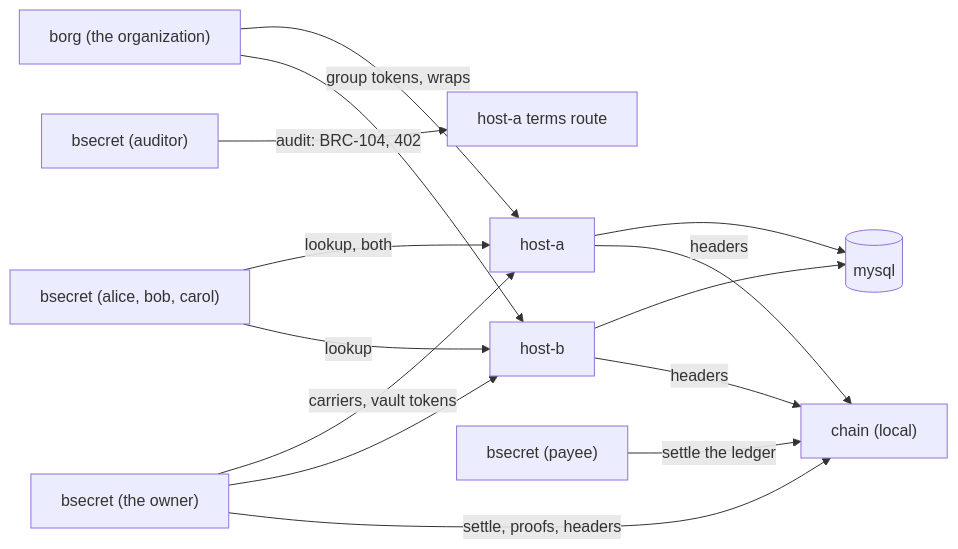
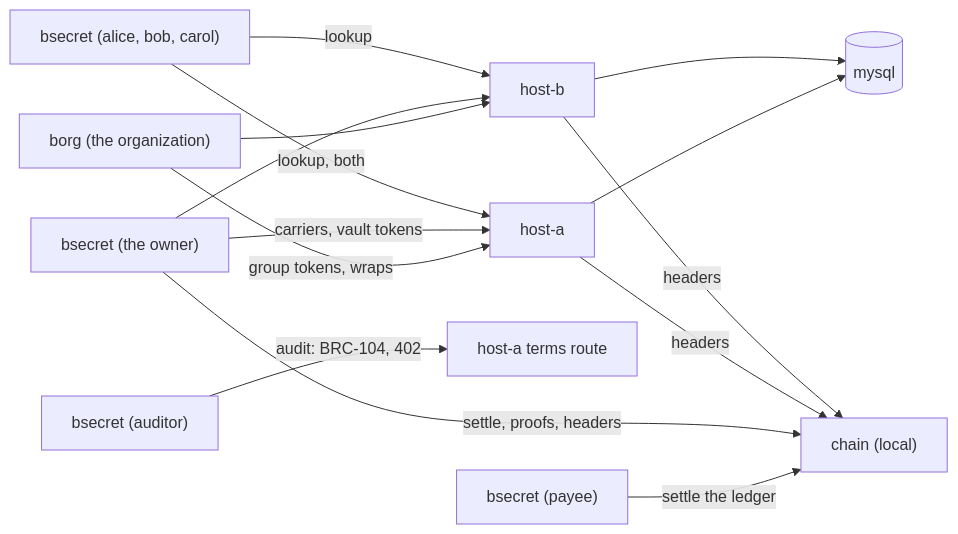
Before and after one commit to lightwebinc/bsecret: the diagram in QUICKSTART.md, drawn with Mermaid. The commit also changed 1 other file, not shown here.

Commit message:
[Fix] diagrams: a spacer where the viewer's controls land
The rendered viewer places its zoom and pan panel over a flowchart's
bottom-right corner, and its mermaid build does not read diagramPadding
for flowcharts. An invisible node in the rightmost rank, below its last
node, is what the panel now covers.

````diff
--- a/QUICKSTART.md
+++ b/QUICKSTART.md
@@ -87,16 +87,21 @@
 ```mermaid
 flowchart LR
   B["borg (the organization)"] -->|"group tokens, wraps"| HA["host-a"]
   B --> HB["host-b"]
   O["bsecret (the owner)"] -->|"carriers, vault tokens"| HA
   O --> HB
   M["bsecret (alice, bob, carol)"] -->|"lookup, both"| HA
   M -->|lookup| HB
   A["bsecret (auditor)"] -->|"audit: BRC-104, 402"| T["host-a terms route"]
   P["bsecret (payee)"] -->|"settle the ledger"| C
   HA --> D[(mysql)]
   HB --> D
   O -->|"settle, proofs, headers"| C["chain (local)"]
   HA -->|headers| C
   HB -->|headers| C
+  %% The last node is an invisible spacer in the rightmost rank: the rendered
+  %% viewer places its zoom and pan controls over the bottom-right corner.
+  HA ~~~ pad
+  pad["&nbsp;<br/>&nbsp;<br/>&nbsp;<br/>&nbsp;<br/>&nbsp;"]:::pad
+  classDef pad fill:none,stroke:none,color:transparent
 ```
````
